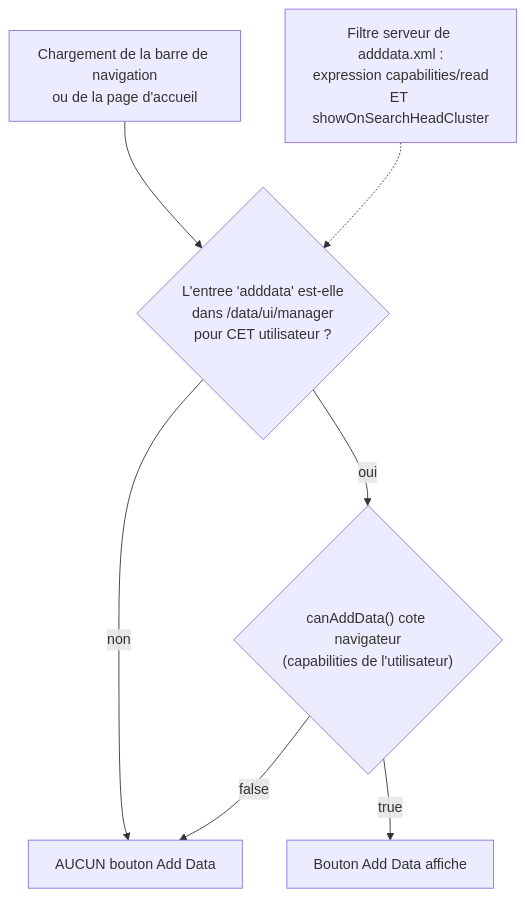
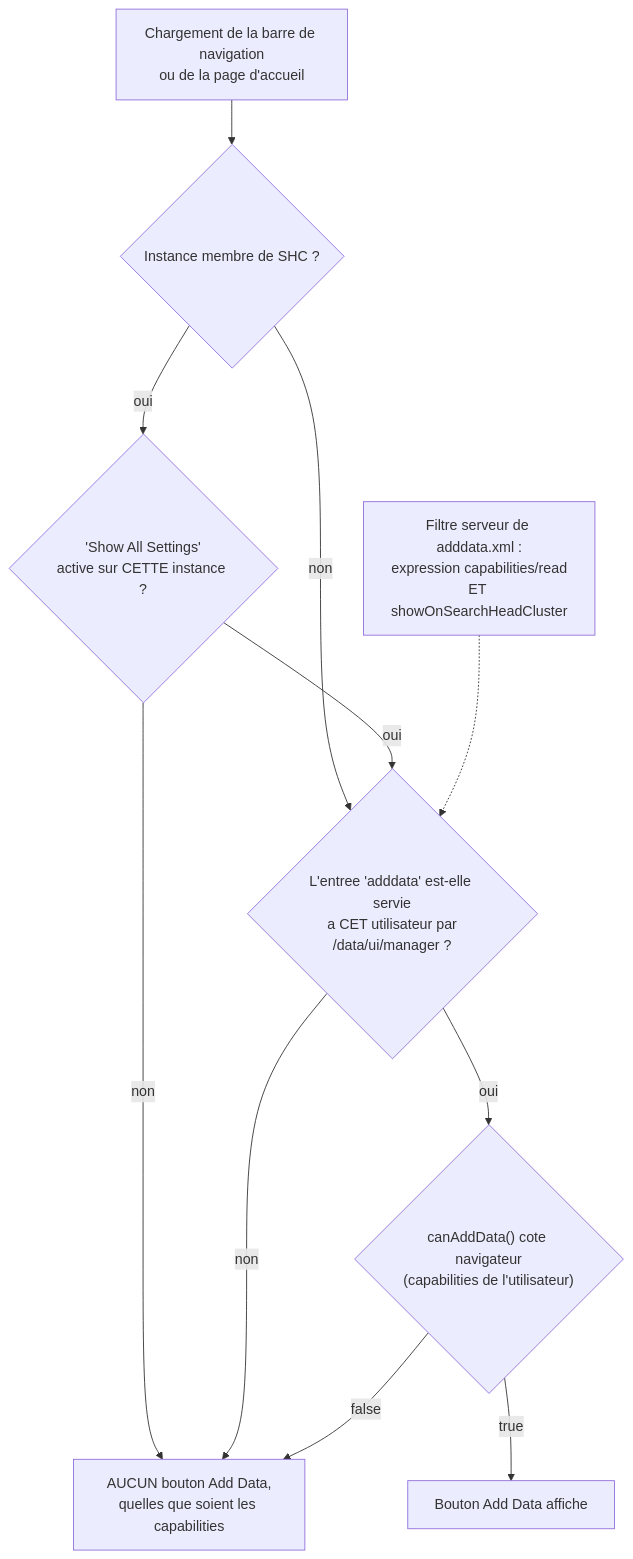
One commit to rafiki31130/knowledge_base_pro changed the diagram in concepts/splunk-add-data-capabilities.md. Above: the diagram before and after it, drawn with Mermaid. The commit also changed other lines of this file and 1 other file, not shown here.

````diff
--- a/concepts/splunk-add-data-capabilities.md
+++ b/concepts/splunk-add-data-capabilities.md
@@ -31,9 +34,13 @@
 ```mermaid
 flowchart TD
-  A["Chargement de la barre de navigation<br/>ou de la page d'accueil"] --> B{"L'entree 'adddata' est-elle<br/>dans /data/ui/manager<br/>pour CET utilisateur ?"}
-  B -- non --> X["AUCUN bouton Add Data"]
+  A["Chargement de la barre de navigation<br/>ou de la page d'accueil"] --> T{"Instance membre de SHC ?"}
+  T -- non --> B
+  T -- oui --> S{"'Show All Settings'<br/>active sur CETTE instance ?"}
+  S -- non --> X["AUCUN bouton Add Data,<br/>quelles que soient les capabilities"]
+  S -- oui --> B{"L'entree 'adddata' est-elle servie<br/>a CET utilisateur par<br/>/data/ui/manager ?"}
+  B -- non --> X
   B -- oui --> C{"canAddData() cote navigateur<br/>(capabilities de l'utilisateur)"}
   C -- "false" --> X
   C -- "true" --> D["Bouton Add Data affiche"]
   F["Filtre serveur de adddata.xml :<br/>expression capabilities/read<br/>ET showOnSearchHeadCluster"] -.-> B
 ```
````
